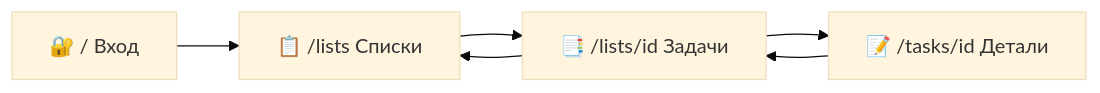
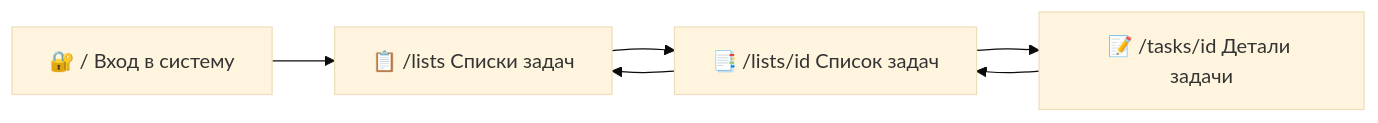
The diagram in README.md (ArtsiomArtsemyeu/task-manager-mvp), drawn with Mermaid (base theme) before and after one commit. The commit also changed other lines of this file, not shown here.

````diff
--- a/README.md
+++ b/README.md
@@ -254,8 +245,8 @@
 ```mermaid
 flowchart LR
-  A["🔐 / Вход"] --> B["📋 /lists Списки"]
-  B --> C["📑 /lists/id Задачи"]
-  C --> D["📝 /tasks/id Детали"]
+  A["🔐 / Вход в систему"] --> B["📋 /lists Списки задач"]
+  B --> C["📑 /lists/id Список задач"]
+  C --> D["📝 /tasks/id Детали задачи"]
   D --> C
   C --> B
 ```
````
